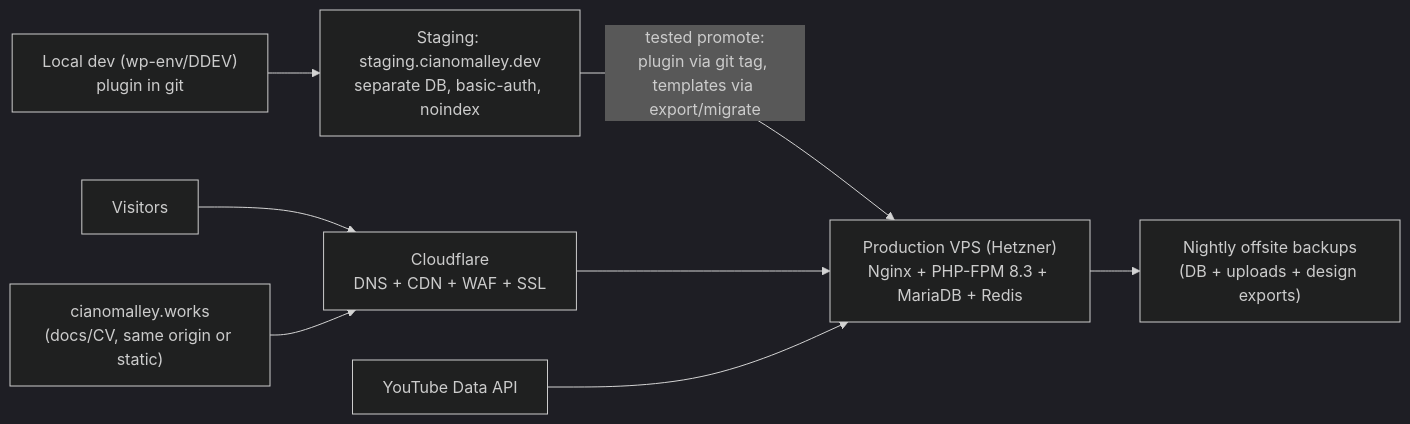
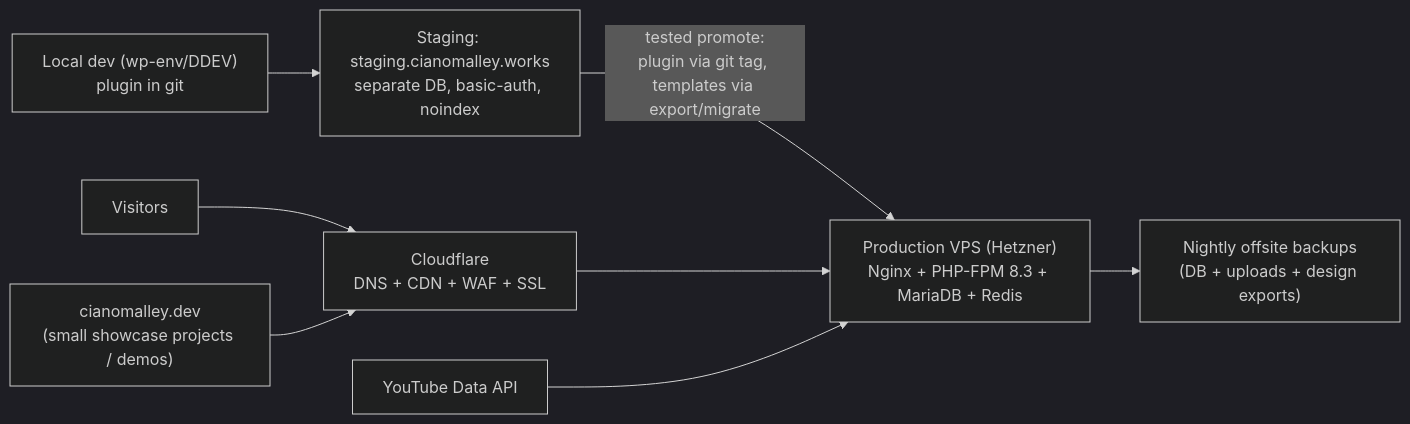
The fourth of 4 diagrams in docs/plan/09-plugin-and-api-architecture.md (cian-omalley/cianomalley-portfolio), drawn with Mermaid (dark theme) before and after one commit. The commit also changed 56 other files, not shown here.

````diff
--- a/docs/plan/09-plugin-and-api-architecture.md
+++ b/docs/plan/09-plugin-and-api-architecture.md
@@ -133,10 +133,10 @@
 ```mermaid
 flowchart LR
-    DEV["Local dev (wp-env/DDEV)<br/>plugin in git"] --> STG["Staging: staging.cianomalley.dev<br/>separate DB, basic-auth, noindex"]
+    DEV["Local dev (wp-env/DDEV)<br/>plugin in git"] --> STG["Staging: staging.cianomalley.works<br/>separate DB, basic-auth, noindex"]
     STG -->|"tested promote:<br/>plugin via git tag, templates via export/migrate"| PROD["Production VPS (Hetzner)<br/>Nginx + PHP-FPM 8.3 + MariaDB + Redis"]
     CF["Cloudflare<br/>DNS + CDN + WAF + SSL"] --> PROD
     U["Visitors"] --> CF
     YTA["YouTube Data API"] --> PROD
     PROD --> BK["Nightly offsite backups<br/>(DB + uploads + design exports)"]
-    WORKS["cianomalley.works<br/>(docs/CV, same origin or static)"] --> CF
+    DEVDOMAIN["cianomalley.dev<br/>(small showcase projects / demos)"] --> CF
 ```
````
